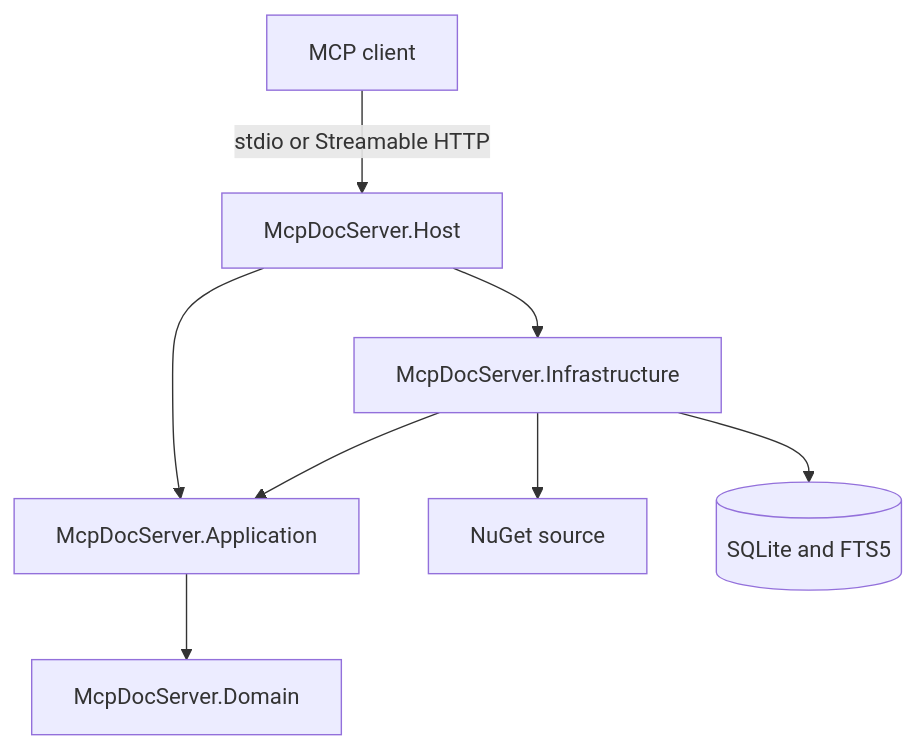
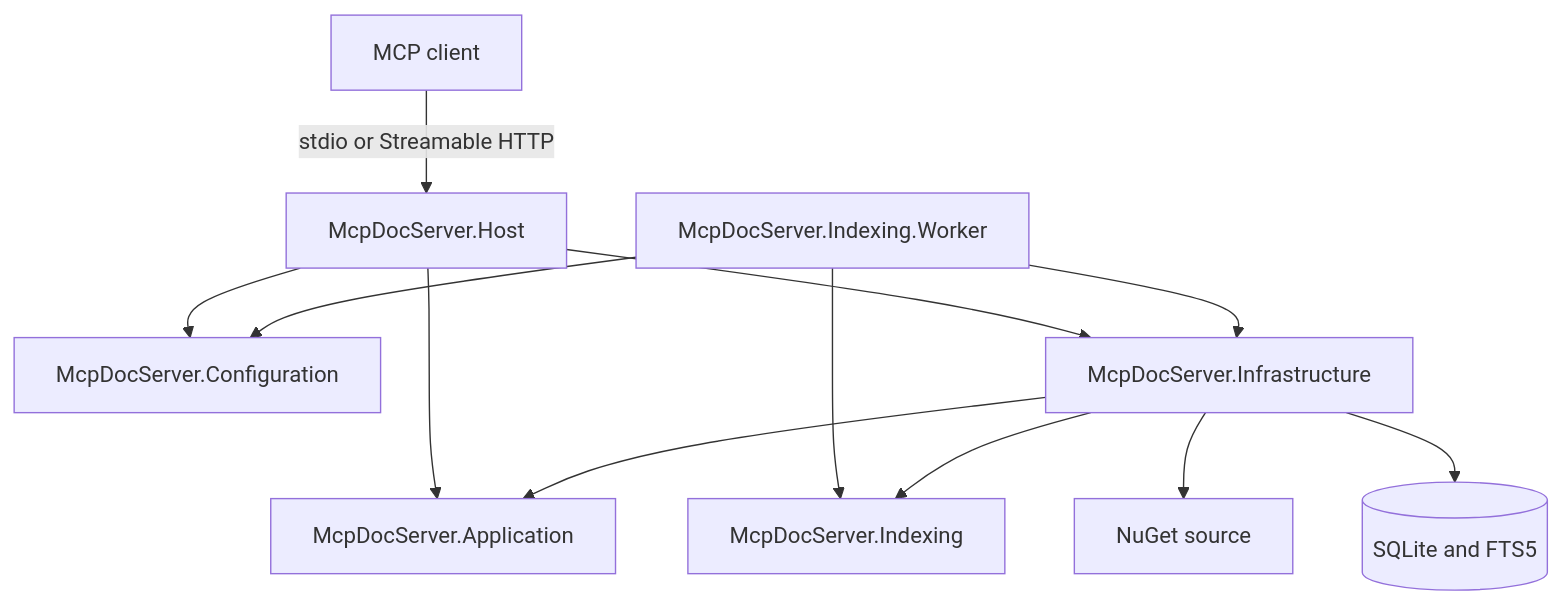
Before and after one commit to sbuyevich/mcp-doc-server: the first of 3 diagrams in design/architecture.md, drawn with Mermaid. The commit also changed other lines of this file and 117 other files, not shown here.

````diff
--- a/design/architecture.md
+++ b/design/architecture.md
@@ -10,18 +10,24 @@
 ```mermaid
 flowchart TD
     Client[MCP client]
     Host[McpDocServer.Host]
+    Worker[McpDocServer.Indexing.Worker]
+    Configuration[McpDocServer.Configuration]
     Application[McpDocServer.Application]
+    Indexing[McpDocServer.Indexing]
     Infrastructure[McpDocServer.Infrastructure]
-    Domain[McpDocServer.Domain]
     NuGet[NuGet source]
     Database[(SQLite and FTS5)]
 
     Client -->|stdio or Streamable HTTP| Host
     Host --> Application
+    Host --> Configuration
     Host --> Infrastructure
+    Worker --> Configuration
+    Worker --> Indexing
+    Worker --> Infrastructure
     Infrastructure --> Application
-    Application --> Domain
+    Infrastructure --> Indexing
     Infrastructure --> NuGet
     Infrastructure --> Database
 ```
````
